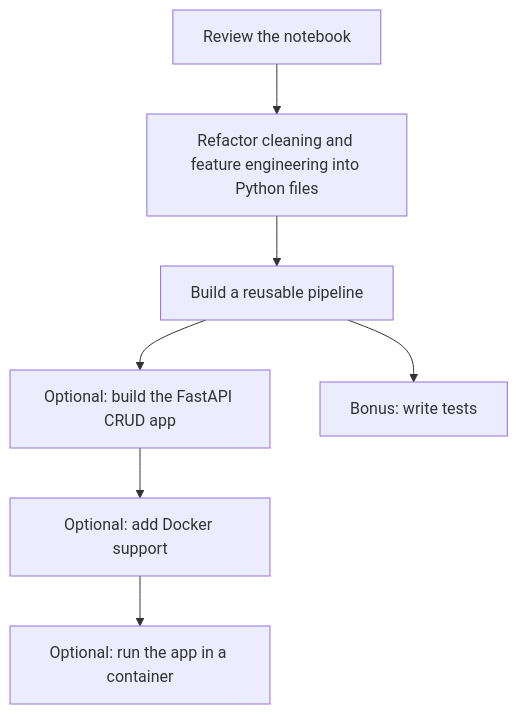
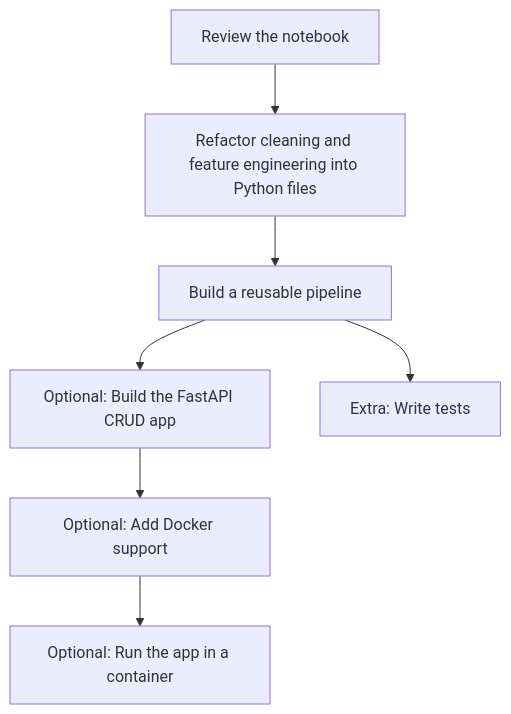
One commit to wladimir000/mle-fractioning changed the diagram in project-for-today.md. Above: the diagram before and after it, drawn with Mermaid. The commit also changed other lines of this file and 4 other files, not shown here.

````diff
--- a/project-for-today.md
+++ b/project-for-today.md
@@ -20,9 +21,9 @@
 ```mermaid
 flowchart TD
     A[Review the notebook] --> B[Refactor cleaning and feature engineering into Python files]
     B --> C[Build a reusable pipeline]
-    C --> D[Optional: build the FastAPI CRUD app]
-    D --> E[Optional: add Docker support]
-    E --> F[Optional: run the app in a container]
-    C --> G[Bonus: write tests]
+    C --> D[Optional: Build the FastAPI CRUD app]
+    D --> E[Optional: Add Docker support]
+    E --> F[Optional: Run the app in a container]
+    C --> G[Extra: Write tests]
 ```
````
